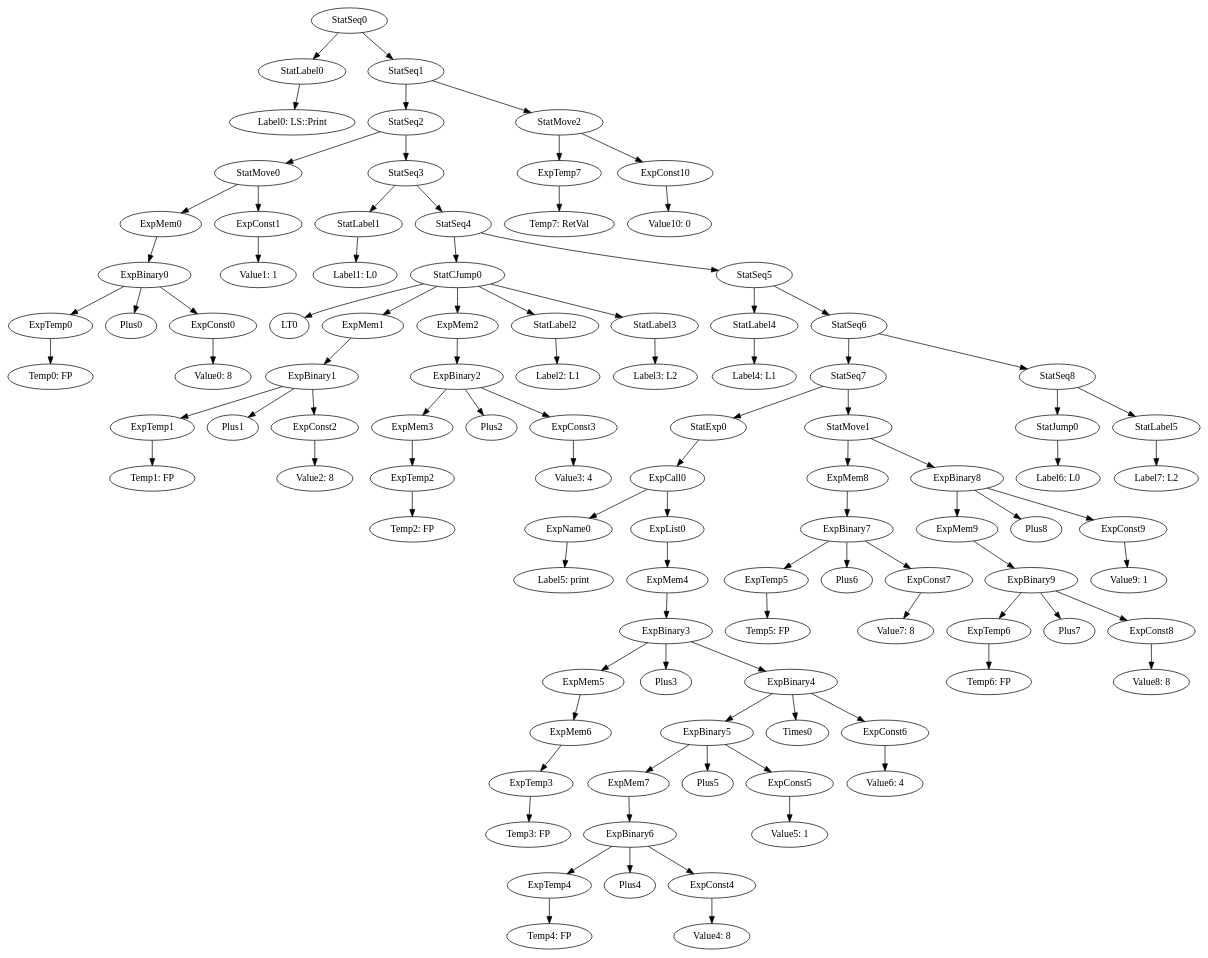
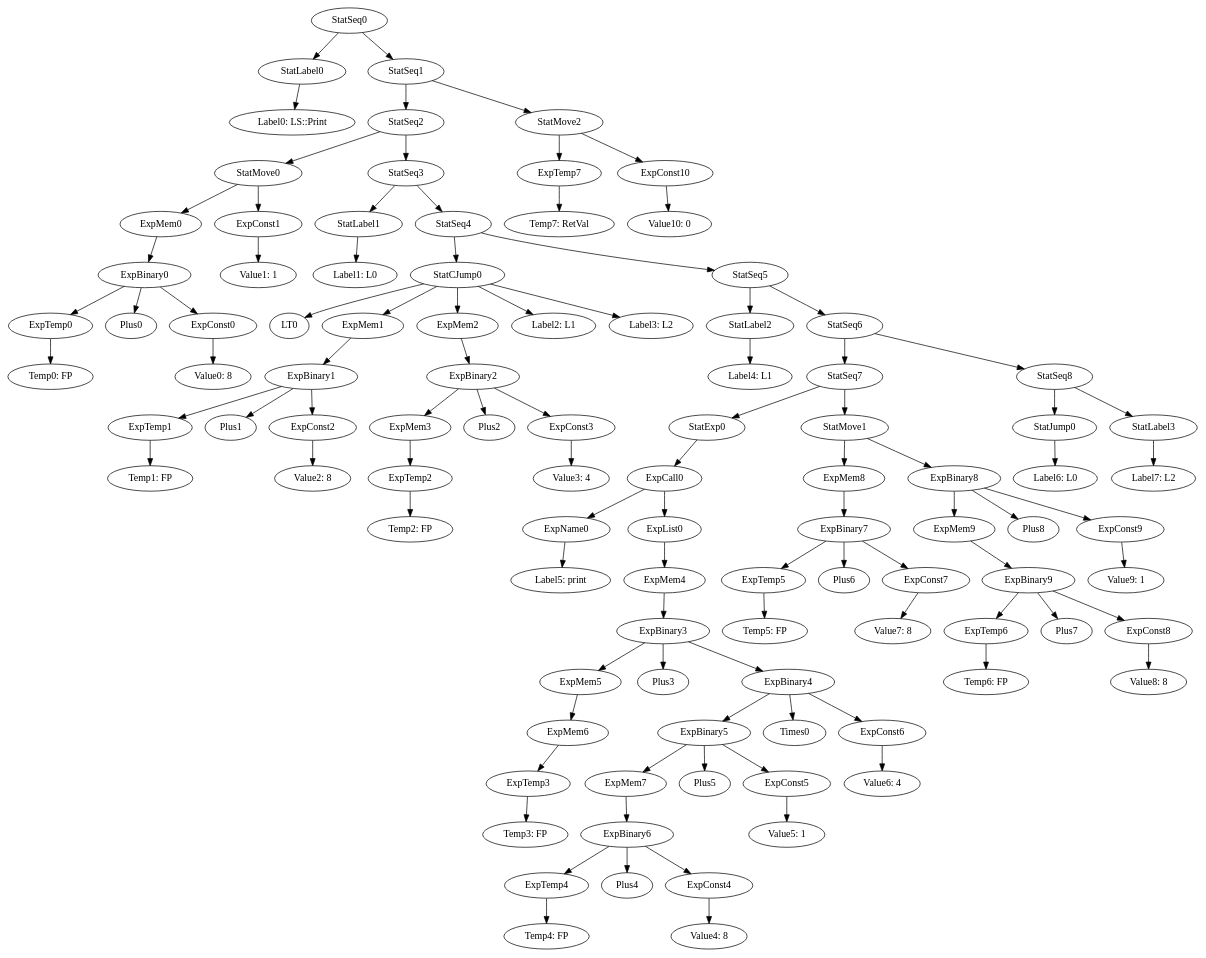
One commit to team-compilers/compilers changed the diagram in MiniJava/results/SamplesCorrect/LinearSearch/irt_LS::Print.gv. Above: the diagram before and after it, drawn with Graphviz. The commit also changed 80 other files, not shown here.

```diff
--- a/MiniJava/results/SamplesCorrect/LinearSearch/irt_LS::Print.gv
+++ b/MiniJava/results/SamplesCorrect/LinearSearch/irt_LS::Print.gv
@@ -1,103 +1,101 @@
 digraph {
 	ordering = out;
 	ExpConst10 -> "Value10: 0";
 	StatMove2 -> ExpTemp7;
 	StatMove2 -> ExpConst10;
 	StatJump0 -> "Label6: L0";
 	StatSeq6 -> StatSeq7;
 	StatSeq6 -> StatSeq8;
 	ExpBinary8 -> ExpMem9;
 	ExpBinary8 -> Plus8;
 	ExpBinary8 -> ExpConst9;
 	ExpBinary9 -> ExpTemp6;
 	ExpBinary9 -> Plus7;
 	ExpBinary9 -> ExpConst8;
 	ExpTemp6 -> "Temp6: FP";
 	StatMove1 -> ExpMem8;
 	StatMove1 -> ExpBinary8;
 	StatSeq1 -> StatSeq2;
 	StatSeq1 -> StatMove2;
 	ExpMem8 -> ExpBinary7;
-	ExpConst7 -> "Value7: 8";
-	StatLabel2 -> "Label2: L1";
 	ExpTemp2 -> "Temp2: FP";
 	ExpConst3 -> "Value3: 4";
+	ExpConst7 -> "Value7: 8";
 	ExpTemp1 -> "Temp1: FP";
-	StatLabel5 -> "Label7: L2";
 	ExpTemp5 -> "Temp5: FP";
 	ExpBinary7 -> ExpTemp5;
 	ExpBinary7 -> Plus6;
 	ExpBinary7 -> ExpConst7;
+	StatSeq5 -> StatLabel2;
+	StatSeq5 -> StatSeq6;
 	ExpBinary0 -> ExpTemp0;
 	ExpBinary0 -> Plus0;
 	ExpBinary0 -> ExpConst0;
 	ExpMem4 -> ExpBinary3;
+	StatSeq4 -> StatCJump0;
+	StatSeq4 -> StatSeq5;
+	ExpMem2 -> ExpBinary2;
+	StatLabel1 -> "Label1: L0";
+	ExpCall0 -> ExpName0;
+	ExpCall0 -> ExpList0;
 	StatMove0 -> ExpMem0;
 	StatMove0 -> ExpConst1;
-	ExpMem2 -> ExpBinary2;
-	StatLabel1 -> "Label1: L0";
-	StatSeq4 -> StatCJump0;
-	StatSeq4 -> StatSeq5;
-	ExpCall0 -> ExpName0;
-	ExpCall0 -> ExpList0;
 	ExpTemp7 -> "Temp7: RetVal";
 	ExpTemp0 -> "Temp0: FP";
-	StatSeq5 -> StatLabel4;
-	StatSeq5 -> StatSeq6;
-	StatLabel4 -> "Label4: L1";
 	StatSeq3 -> StatLabel1;
 	StatSeq3 -> StatSeq4;
 	ExpMem7 -> ExpBinary6;
 	ExpBinary2 -> ExpMem3;
 	ExpBinary2 -> Plus2;
 	ExpBinary2 -> ExpConst3;
 	ExpMem5 -> ExpMem6;
 	StatLabel0 -> "Label0: LS::Print";
 	StatSeq7 -> StatExp0;
 	StatSeq7 -> StatMove1;
+	StatLabel2 -> "Label4: L1";
 	ExpMem3 -> ExpTemp2;
 	ExpBinary1 -> ExpTemp1;
 	ExpBinary1 -> Plus1;
 	ExpBinary1 -> ExpConst2;
 	ExpMem0 -> ExpBinary0;
 	ExpBinary6 -> ExpTemp4;
 	ExpBinary6 -> Plus4;
 	ExpBinary6 -> ExpConst4;
 	StatSeq2 -> StatMove0;
 	StatSeq2 -> StatSeq3;
 	ExpMem9 -> ExpBinary9;
 	ExpMem1 -> ExpBinary1;
 	ExpConst6 -> "Value6: 4";
 	ExpConst1 -> "Value1: 1";
 	ExpName0 -> "Label5: print";
 	StatSeq8 -> StatJump0;
-	StatSeq8 -> StatLabel5;
+	StatSeq8 -> StatLabel3;
 	ExpTemp3 -> "Temp3: FP";
 	ExpMem6 -> ExpTemp3;
 	ExpConst2 -> "Value2: 8";
 	ExpBinary3 -> ExpMem5;
 	ExpBinary3 -> Plus3;
 	ExpBinary3 -> ExpBinary4;
 	ExpConst5 -> "Value5: 1";
 	ExpTemp4 -> "Temp4: FP";
+	StatLabel3 -> "Label7: L2";
 	ExpConst8 -> "Value8: 8";
-	StatLabel3 -> "Label3: L2";
 	ExpConst4 -> "Value4: 8";
 	StatSeq0 -> StatLabel0;
 	StatSeq0 -> StatSeq1;
 	StatExp0 -> ExpCall0;
 	ExpConst9 -> "Value9: 1";
 	ExpBinary5 -> ExpMem7;
 	ExpBinary5 -> Plus5;
 	ExpBinary5 -> ExpConst5;
 	ExpConst0 -> "Value0: 8";
 	ExpBinary4 -> ExpBinary5;
 	ExpBinary4 -> Times0;
 	ExpBinary4 -> ExpConst6;
 	StatCJump0 -> LT0;
 	StatCJump0 -> ExpMem1;
 	StatCJump0 -> ExpMem2;
-	StatCJump0 -> StatLabel2;
-	StatCJump0 -> StatLabel3;
+	StatCJump0 -> "Label2: L1";
+	StatCJump0 -> "Label3: L2";
 	ExpList0 -> ExpMem4;
 }
```
